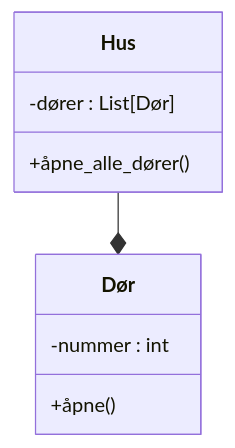
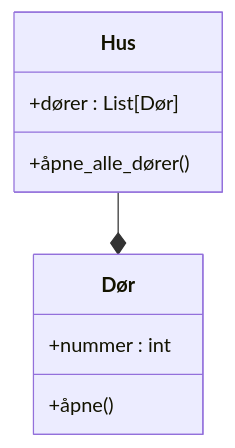
The fifth of 7 diagrams in src/content/docs/apputvikling/1-oom.mdx (thorcc/it2-bok), drawn with Mermaid before and after one commit. The commit also changed other lines of this file, not shown here.

````diff
--- a/src/content/docs/apputvikling/1-oom.mdx
+++ b/src/content/docs/apputvikling/1-oom.mdx
@@ -274,15 +274,15 @@
 ```mermaid
 classDiagram
 Hus --* Dør
 
 class Hus {
-    -dører : List[Dør]
+    +dører : List[Dør]
     +åpne_alle_dører()
 }
 
 class Dør {
-    -nummer : int
+    +nummer : int
     +åpne()
 }
 
 ```
````
